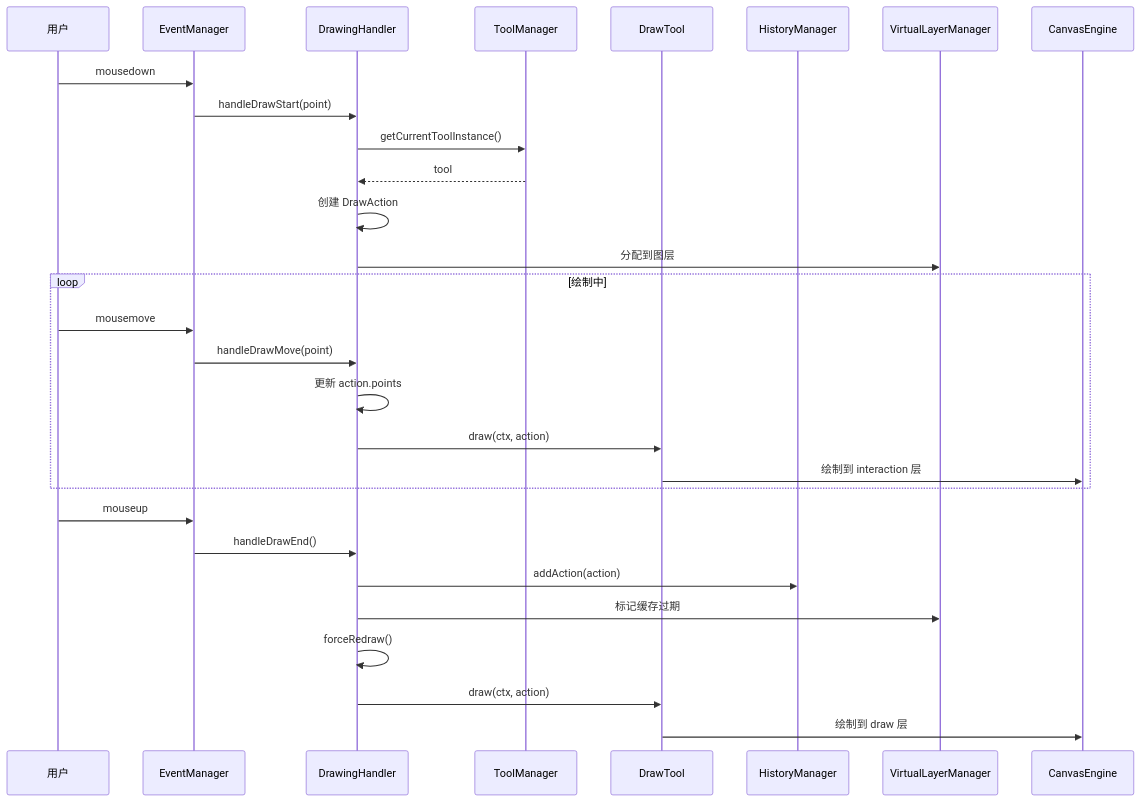
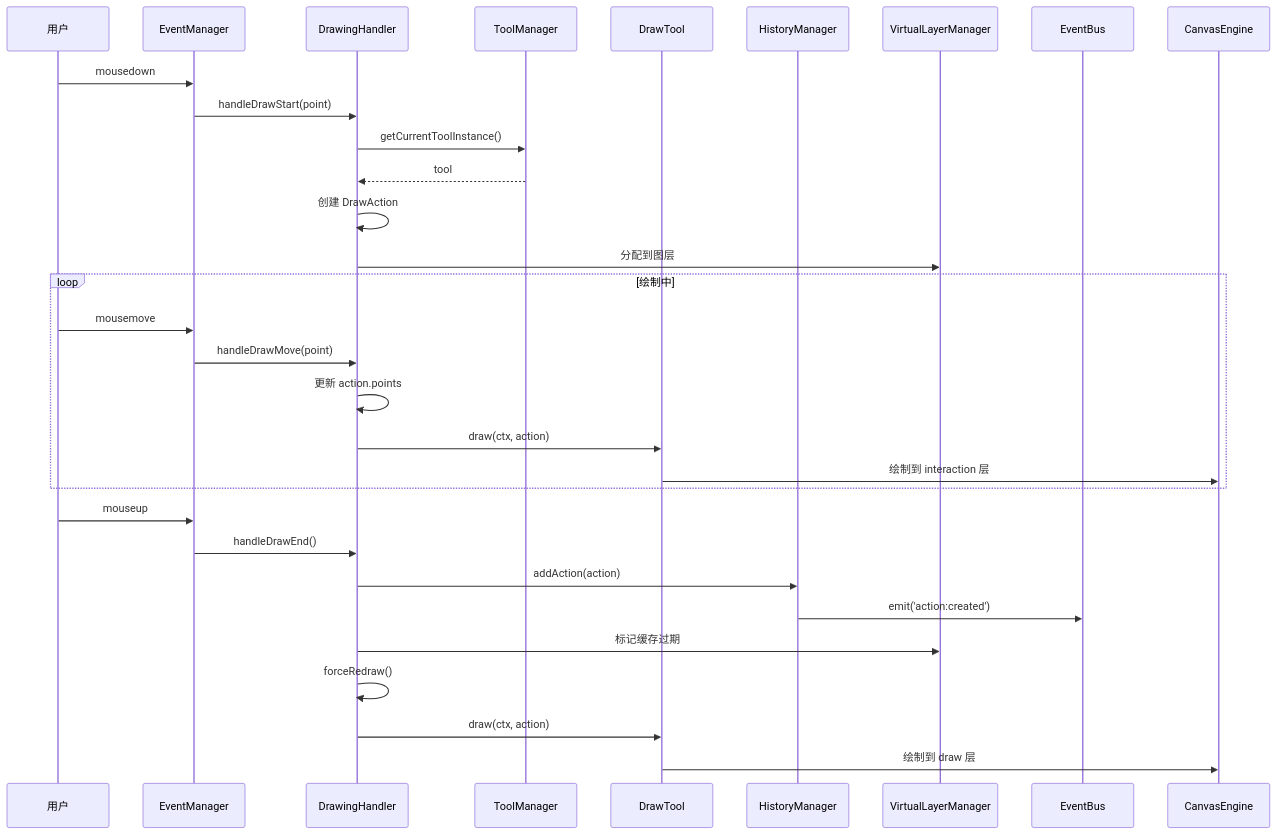
Before and after one commit to wuminghaozhan/drawBoard: the third of 10 diagrams in docs/UML/DESIGN.md, drawn with Mermaid. The commit also changed other lines of this file and 88 other files, not shown here.

````diff
--- a/docs/UML/DESIGN.md
+++ b/docs/UML/DESIGN.md
@@ -162,34 +240,36 @@
 ```mermaid
 sequenceDiagram
     participant U as 用户
     participant EM as EventManager
     participant DH as DrawingHandler
     participant TM as ToolManager
     participant Tool as DrawTool
     participant HM as HistoryManager
     participant VLM as VirtualLayerManager
+    participant EB as EventBus
     participant CE as CanvasEngine
     
     U->>EM: mousedown
     EM->>DH: handleDrawStart(point)
     DH->>TM: getCurrentToolInstance()
     TM-->>DH: tool
     DH->>DH: 创建 DrawAction
     DH->>VLM: 分配到图层
     
     loop 绘制中
         U->>EM: mousemove
         EM->>DH: handleDrawMove(point)
         DH->>DH: 更新 action.points
         DH->>Tool: draw(ctx, action)
         Tool->>CE: 绘制到 interaction 层
     end
     
     U->>EM: mouseup
     EM->>DH: handleDrawEnd()
     DH->>HM: addAction(action)
+    HM->>EB: emit('action:created')
     DH->>VLM: 标记缓存过期
     DH->>DH: forceRedraw()
     DH->>Tool: draw(ctx, action)
     Tool->>CE: 绘制到 draw 层
 ```
````
